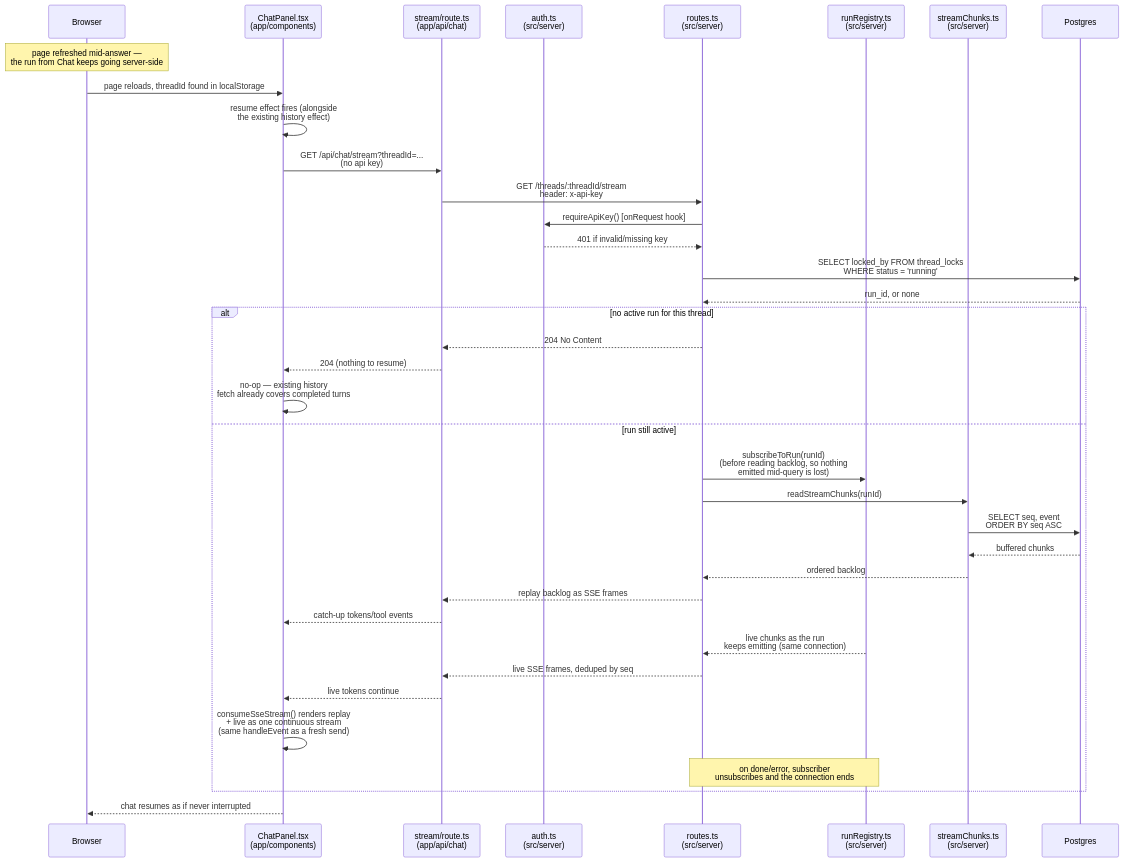
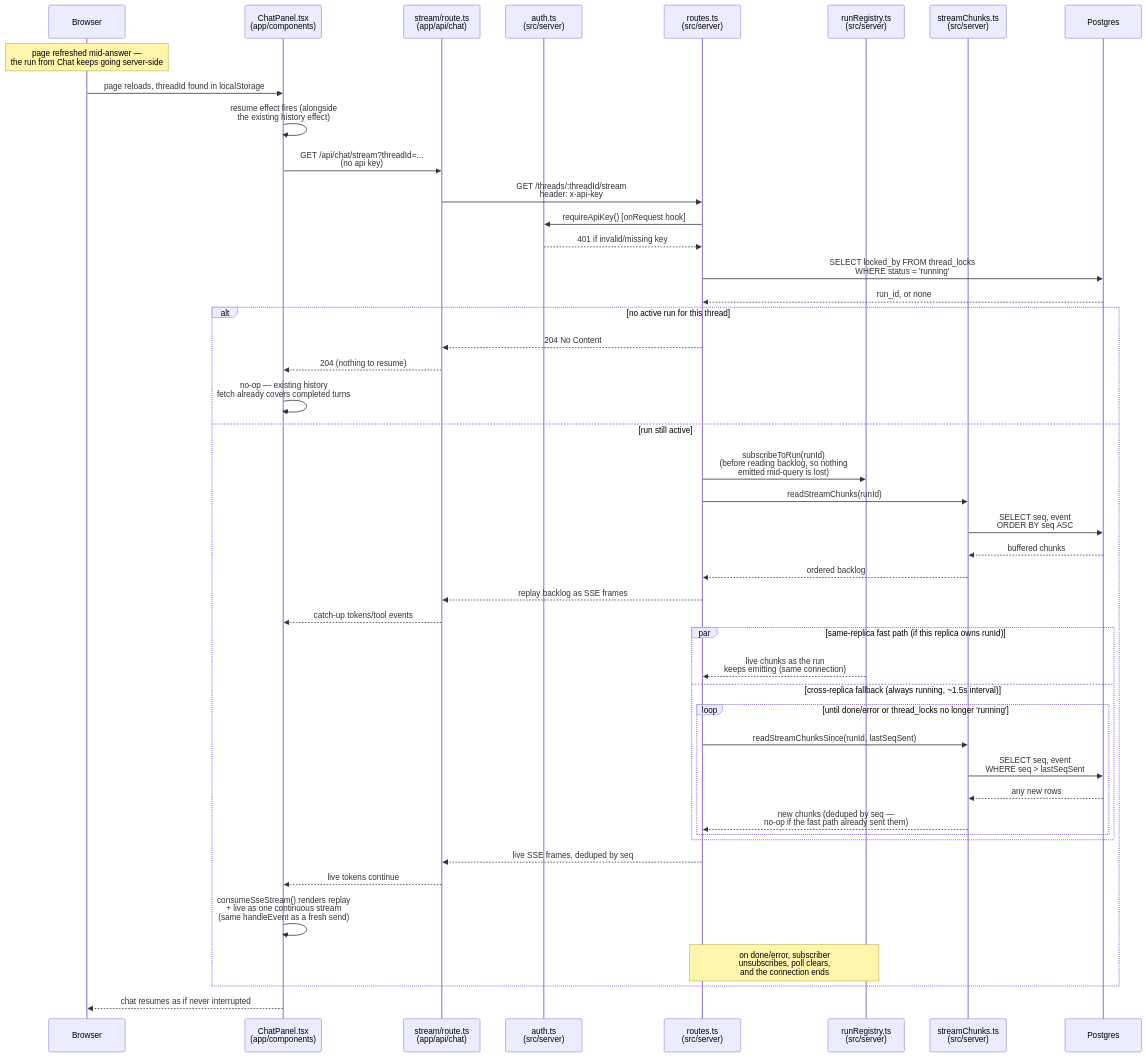
One commit to nijin-vinodan/sprint-manager changed the diagram in docs/sequence-resume.md. Above: the diagram before and after it, drawn with Mermaid. The commit also changed other lines of this file and 13 other files, not shown here.

````diff
--- a/docs/sequence-resume.md
+++ b/docs/sequence-resume.md
@@ -20,42 +25,52 @@
 ```mermaid
 sequenceDiagram
     participant Browser
     participant ChatPanel as ChatPanel.tsx<br/>(app/components)
     participant NextRoute as stream/route.ts<br/>(app/api/chat)
     participant AgentAuth as auth.ts<br/>(src/server)
     participant Routes as routes.ts<br/>(src/server)
     participant RunRegistry as runRegistry.ts<br/>(src/server)
     participant StreamChunks as streamChunks.ts<br/>(src/server)
     participant Postgres
 
     Note over Browser: page refreshed mid-answer —<br/>the run from Chat keeps going server-side
     Browser->>ChatPanel: page reloads, threadId found in localStorage
     ChatPanel->>ChatPanel: resume effect fires (alongside<br/>the existing history effect)
     ChatPanel->>NextRoute: GET /api/chat/stream?threadId=...<br/>(no api key)
     NextRoute->>Routes: GET /threads/:threadId/stream<br/>header: x-api-key
     Routes->>AgentAuth: requireApiKey() [onRequest hook]
     AgentAuth-->>Routes: 401 if invalid/missing key
     Routes->>Postgres: SELECT locked_by FROM thread_locks<br/>WHERE status = 'running'
     Postgres-->>Routes: run_id, or none
 
     alt no active run for this thread
         Routes-->>NextRoute: 204 No Content
         NextRoute-->>ChatPanel: 204 (nothing to resume)
         ChatPanel->>ChatPanel: no-op — existing history<br/>fetch already covers completed turns
     else run still active
         Routes->>RunRegistry: subscribeToRun(runId)<br/>(before reading backlog, so nothing<br/>emitted mid-query is lost)
         Routes->>StreamChunks: readStreamChunks(runId)
         StreamChunks->>Postgres: SELECT seq, event<br/>ORDER BY seq ASC
         Postgres-->>StreamChunks: buffered chunks
         StreamChunks-->>Routes: ordered backlog
         Routes-->>NextRoute: replay backlog as SSE frames
         NextRoute-->>ChatPanel: catch-up tokens/tool events
-        RunRegistry-->>Routes: live chunks as the run<br/>keeps emitting (same connection)
+
+        par same-replica fast path (if this replica owns runId)
+            RunRegistry-->>Routes: live chunks as the run<br/>keeps emitting (same connection)
+        and cross-replica fallback (always running, ~1.5s interval)
+            loop until done/error or thread_locks no longer 'running'
+                Routes->>StreamChunks: readStreamChunksSince(runId, lastSeqSent)
+                StreamChunks->>Postgres: SELECT seq, event<br/>WHERE seq > lastSeqSent
+                Postgres-->>StreamChunks: any new rows
+                StreamChunks-->>Routes: new chunks (deduped by seq —<br/>no-op if the fast path already sent them)
+            end
+        end
         Routes-->>NextRoute: live SSE frames, deduped by seq
         NextRoute-->>ChatPanel: live tokens continue
         ChatPanel->>ChatPanel: consumeSseStream() renders replay<br/>+ live as one continuous stream<br/>(same handleEvent as a fresh send)
-        Note over Routes,RunRegistry: on done/error, subscriber<br/>unsubscribes and the connection ends
+        Note over Routes,RunRegistry: on done/error, subscriber<br/>unsubscribes, poll clears,<br/>and the connection ends
     end
 
     ChatPanel-->>Browser: chat resumes as if never interrupted
 ```
````
